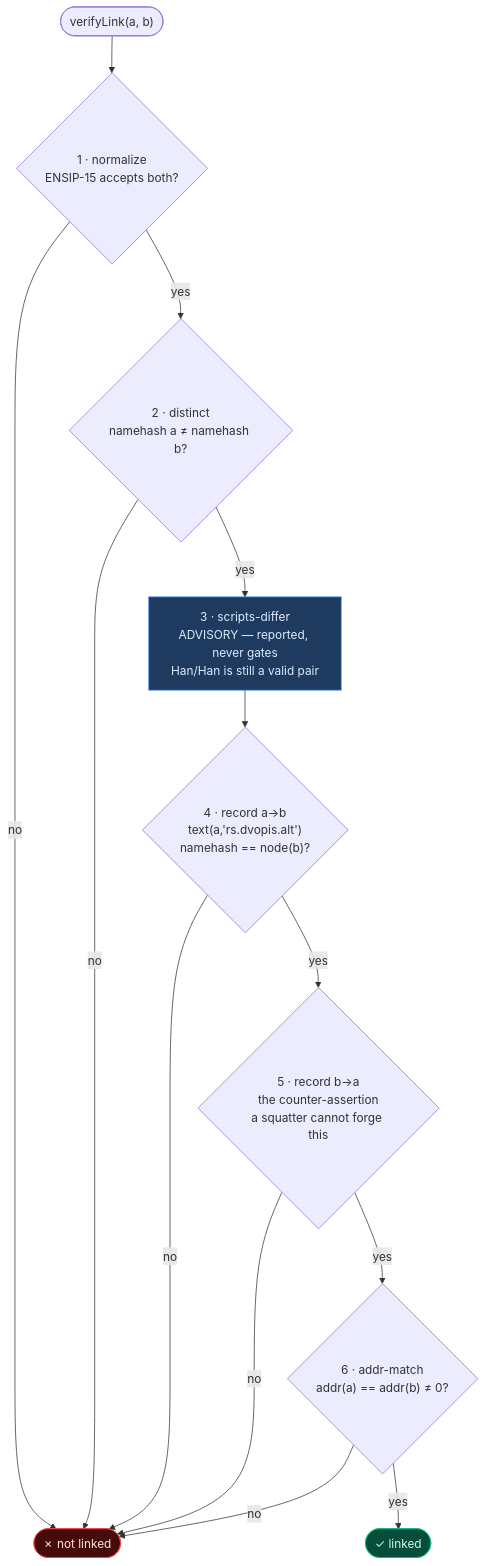
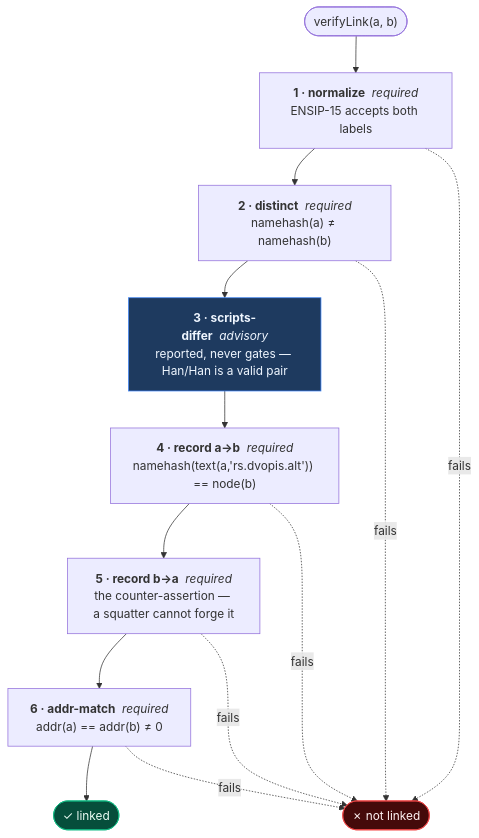
The second of 2 diagrams in README.md (leohhhn/digraphia), drawn with Mermaid before and after one commit. The commit also changed other lines of this file, not shown here.

Commit message:
README: rebuild diagrams for legible layout
Architecture diagram had overlapping subgraphs; verification flowchart
was 2036px tall. Both re-laid out and render-tested with mermaid-cli.

````diff
--- a/README.md
+++ b/README.md
@@ -291,31 +287,23 @@
 ```mermaid
-flowchart TD
-    S(["verifyLink(a, b)"]) --> C1
+flowchart TB
+    A(["verifyLink(a, b)"]) --> C1
+    C1["<b>1 · normalize</b>&nbsp;&nbsp;<i>required</i><br/>ENSIP-15 accepts both labels"]
+    C2["<b>2 · distinct</b>&nbsp;&nbsp;<i>required</i><br/>namehash(a) ≠ namehash(b)"]
+    C3["<b>3 · scripts-differ</b>&nbsp;&nbsp;<i>advisory</i><br/>reported, never gates — Han/Han is a valid pair"]
+    C4["<b>4 · record a→b</b>&nbsp;&nbsp;<i>required</i><br/>namehash(text(a,'rs.dvopis.alt')) == node(b)"]
+    C5["<b>5 · record b→a</b>&nbsp;&nbsp;<i>required</i><br/>the counter-assertion — a squatter cannot forge it"]
+    C6["<b>6 · addr-match</b>&nbsp;&nbsp;<i>required</i><br/>addr(a) == addr(b) ≠ 0"]
 
-    C1{"1 · normalize<br/>ENSIP-15 accepts both?"}
-    C1 -->|no| X(["✗ not linked"])
-    C1 -->|yes| C2
+    C1 --> C2 --> C3 --> C4 --> C5 --> C6 --> OK(["✓ linked"])
 
-    C2{"2 · distinct<br/>namehash a ≠ namehash b?"}
-    C2 -->|no| X
-    C2 -->|yes| C3
+    FAIL(["✗ not linked"])
+    C1 -.->|fails| FAIL
+    C2 -.->|fails| FAIL
+    C4 -.->|fails| FAIL
+    C5 -.->|fails| FAIL
+    C6 -.->|fails| FAIL
 
-    C3["3 · scripts-differ<br/>ADVISORY — reported, never gates<br/>Han/Han is still a valid pair"]
-    C3 --> C4
-
-    C4{"4 · record a→b<br/>text(a,'rs.dvopis.alt')<br/>namehash == node(b)?"}
-    C4 -->|no| X
-    C4 -->|yes| C5
-
-    C5{"5 · record b→a<br/>the counter-assertion<br/>a squatter cannot forge this"}
-    C5 -->|no| X
-    C5 -->|yes| C6
-
-    C6{"6 · addr-match<br/>addr(a) == addr(b) ≠ 0?"}
-    C6 -->|no| X
-    C6 -->|yes| OK(["✓ linked"])
-
-    style OK fill:#064e3b,stroke:#10b981,color:#d1fae5
-    style X fill:#450a0a,stroke:#ef4444,color:#fee2e2
-    style C3 fill:#1e3a5f,stroke:#3b82f6,color:#dbeafe
+    style OK   fill:#064e3b,stroke:#10b981,color:#ecfdf5
+    style FAIL fill:#450a0a,stroke:#ef4444,color:#fef2f2
+    style C3   fill:#1e3a5f,stroke:#3b82f6,color:#eff6ff
 ```
````
